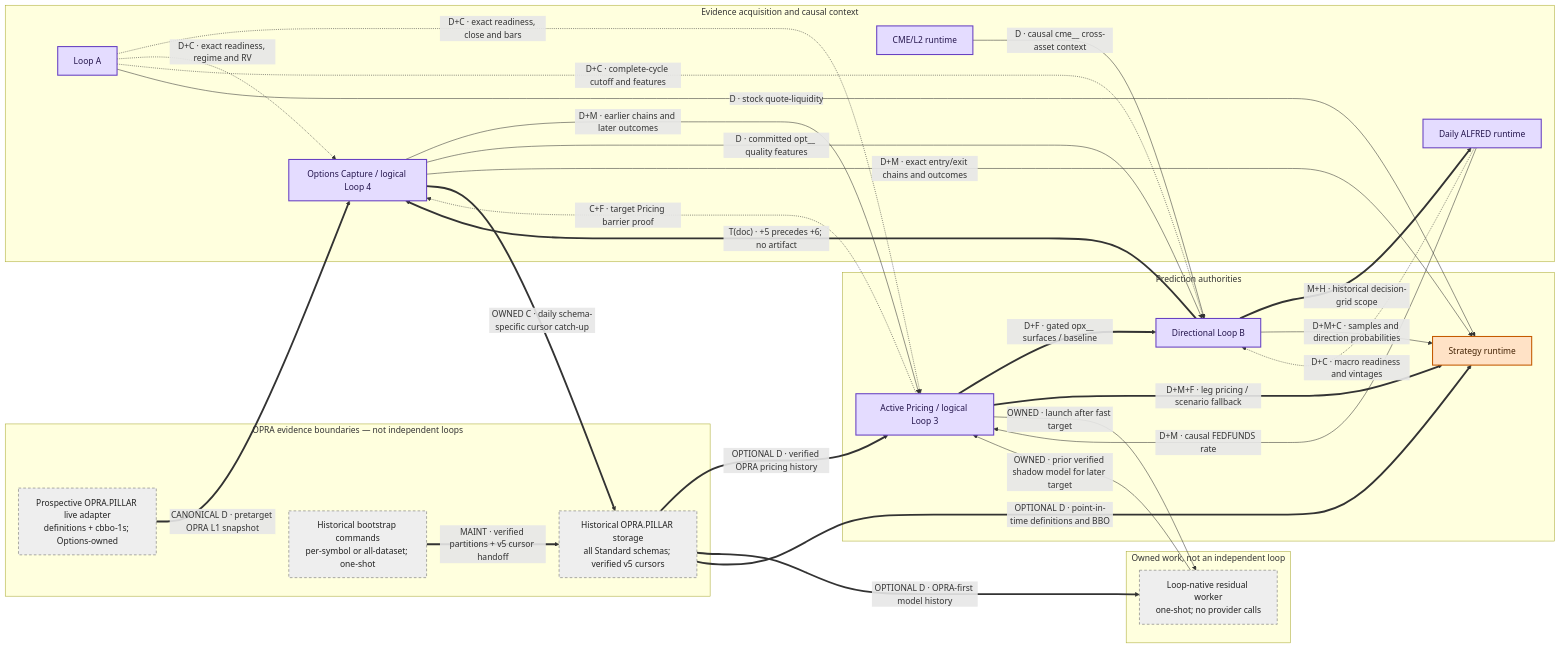
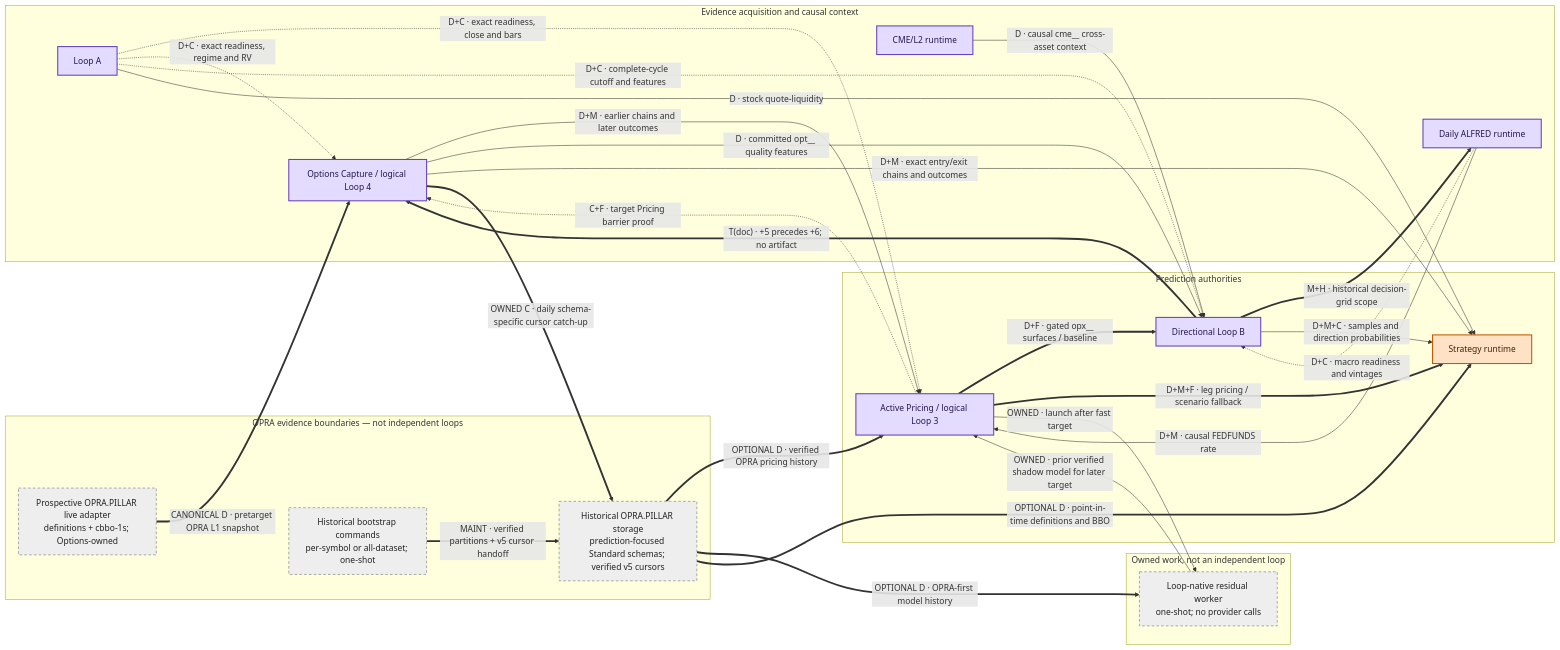
One commit to jeremysecondstate/ducketz changed the first of 2 diagrams in docs/loops-system-analysis/LOOP_MAP.md. Above: the diagram before and after it, drawn with Mermaid. The commit also changed 18 other files, not shown here.

First line of the commit message:
Update bootstrap windows and storage estimates in Databento Standard Plan documentation

````diff
--- a/docs/loops-system-analysis/LOOP_MAP.md
+++ b/docs/loops-system-analysis/LOOP_MAP.md
@@ -5,58 +5,58 @@
 ```mermaid
 flowchart LR
     subgraph BOUNDARIES[OPRA evidence boundaries — not independent loops]
         OPRAL["Prospective OPRA.PILLAR live adapter<br/>definitions + cbbo-1s; Options-owned"]
         BOOT["Historical bootstrap commands<br/>per-symbol or all-dataset; one-shot"]
-        OPRAH["Historical OPRA.PILLAR storage<br/>all Standard schemas; verified v5 cursors"]
+        OPRAH["Historical OPRA.PILLAR storage<br/>prediction-focused Standard schemas; verified v5 cursors"]
     end
 
     subgraph EVIDENCE[Evidence acquisition and causal context]
         CME["CME/L2 runtime"]
         A["Loop A"]
         FRED["Daily ALFRED runtime"]
         OPT["Options Capture / logical Loop 4"]
     end
 
     subgraph PREDICTION[Prediction authorities]
         PR["Active Pricing / logical Loop 3"]
         B["Directional Loop B"]
         STR["Strategy runtime"]
     end
 
     subgraph OWNED[Owned work, not an independent loop]
         W["Loop-native residual worker<br/>one-shot; no provider calls"]
     end
 
     CME -->|"D · causal cme__ cross-asset context"| B
     A -.->|"D+C · exact readiness, close and bars"| PR
     A -.->|"D+C · exact readiness, regime and RV"| OPT
     A -.->|"D+C · complete-cycle cutoff and features"| B
     A -->|"D · stock quote-liquidity"| STR
     FRED -->|"D+M · causal FEDFUNDS rate"| PR
     FRED -.->|"D+C · macro readiness and vintages"| B
     B ==>|"M+H · historical decision-grid scope"| FRED
     PR -.->|"C+F · target Pricing barrier proof"| OPT
     OPT -->|"D+M · earlier chains and later outcomes"| PR
     PR ==>|"D+F · gated opx__ surfaces / baseline"| B
     OPT -->|"D · committed opt__ quality features"| B
     B -->|"D+M+C · samples and direction probabilities"| STR
     OPT -->|"D+M · exact entry/exit chains and outcomes"| STR
     PR ==>|"D+M+F · leg pricing / scenario fallback"| STR
     B ==>|"T(doc) · +5 precedes +6; no artifact"| OPT
     PR -->|"OWNED · launch after fast target"| W
     W -->|"OWNED · prior verified shadow model for later target"| PR
     OPRAL ==>|"CANONICAL D · pretarget OPRA L1 snapshot"| OPT
     BOOT ==>|"MAINT · verified partitions + v5 cursor handoff"| OPRAH
     OPT ==>|"OWNED C · daily schema-specific cursor catch-up"| OPRAH
     OPRAH ==>|"OPTIONAL D · verified OPRA pricing history"| PR
     OPRAH ==>|"OPTIONAL D · OPRA-first model history"| W
     OPRAH ==>|"OPTIONAL D · point-in-time definitions and BBO"| STR
 
     classDef horizon fill:#d8ecff,stroke:#1565c0,color:#102a43,stroke-width:2px;
     classDef options fill:#ffe2c6,stroke:#c45a00,color:#432204,stroke-width:2px;
     classDef both fill:#e4dcff,stroke:#6842c2,color:#25164d,stroke-width:2px;
     classDef support fill:#eeeeee,stroke:#666666,color:#222222,stroke-dasharray:5 4;
     class CME,A,FRED,OPT,PR,B both;
     class STR options;
     class W,OPRAL,BOOT,OPRAH support;
 ```
````
